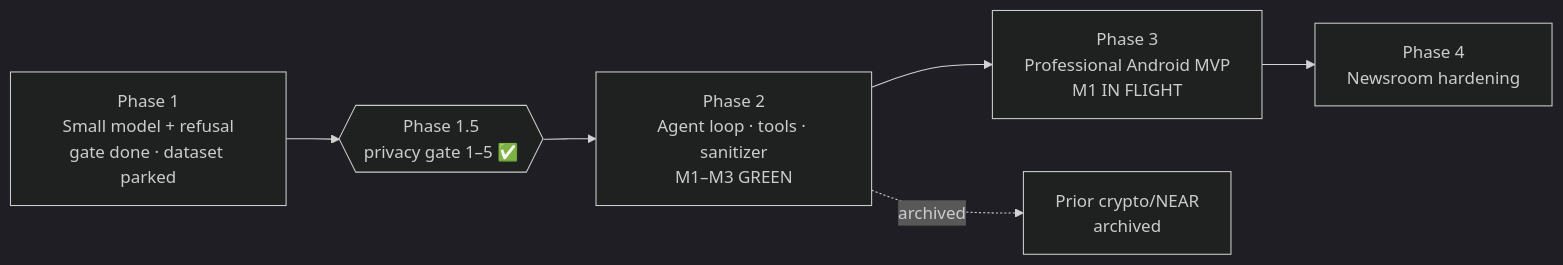
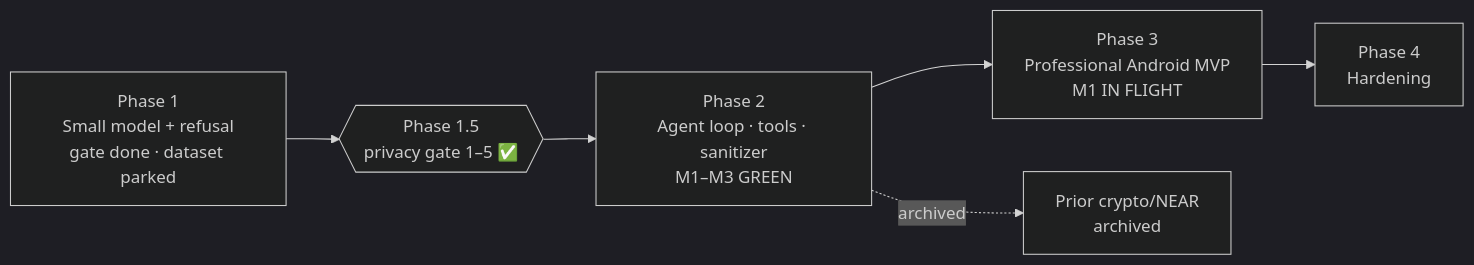
Before and after one commit to 9lordisgod/salomon: the diagram in ROADMAP.md, drawn with Mermaid (dark theme). The commit also changed other lines of this file and 3 other files, not shown here.

Commit message:
docs: soft-fold professional-niche residuals (README STATUS ARCHITECTURE ROADMAP)

````diff
--- a/ROADMAP.md
+++ b/ROADMAP.md
@@ -6,8 +6,8 @@
 ```mermaid
 flowchart LR
   P1[Phase 1<br/>Small model + refusal<br/>gate done · dataset parked] --> G{{Phase 1.5<br/>privacy gate 1–5 ✅}}
   G --> P2[Phase 2<br/>Agent loop · tools · sanitizer<br/>M1–M3 GREEN]
   P2 --> P3[Phase 3<br/>Professional Android MVP<br/>M1 IN FLIGHT]
-  P3 --> P4[Phase 4<br/>Newsroom hardening]
+  P3 --> P4[Phase 4<br/>Hardening]
   P2 -.archived.-> X[Prior crypto/NEAR<br/>archived]
 ```
````
